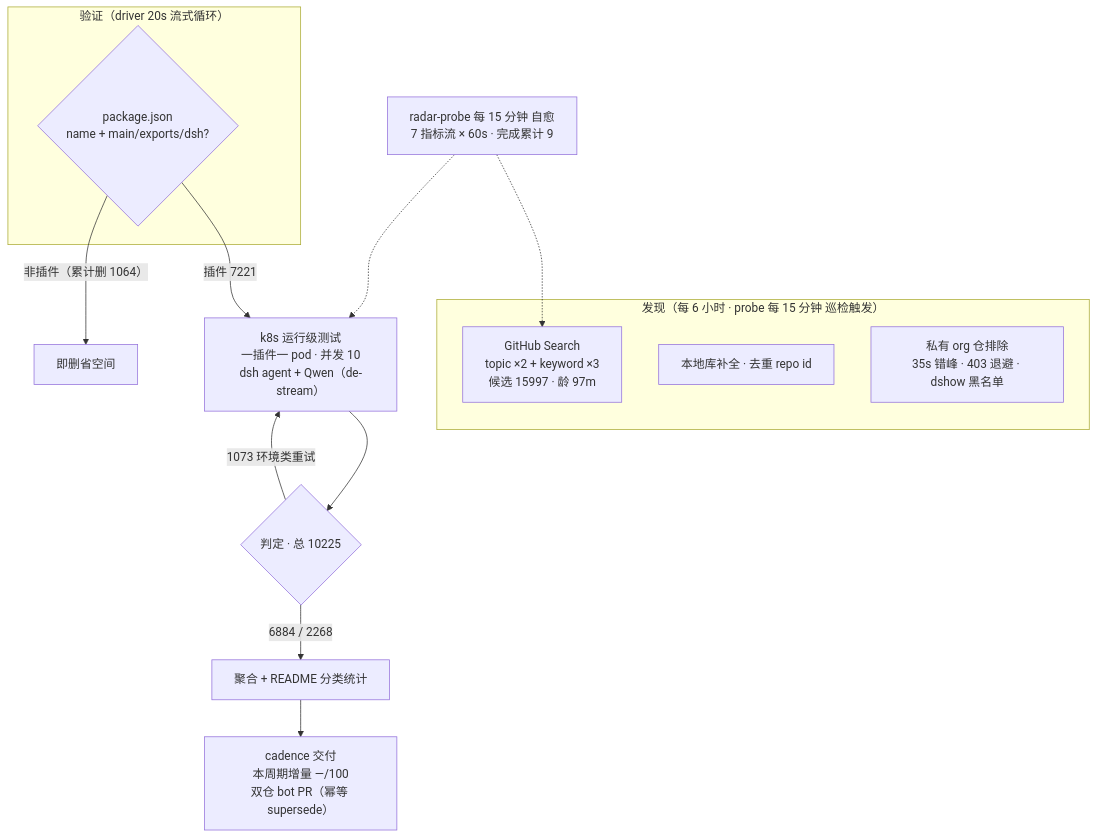
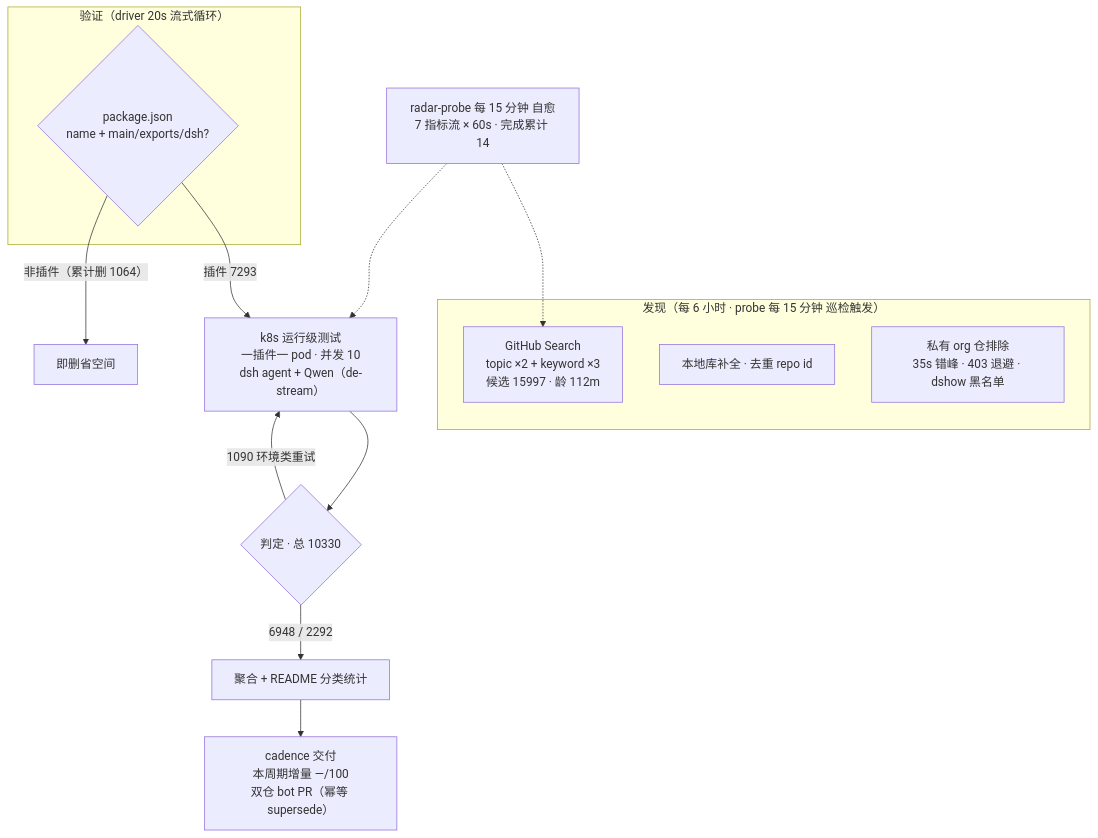
One commit to Zhidao-Lab-OSS/awesome-dsh-plugins changed the diagram in README.md. Above: the diagram before and after it, drawn with Mermaid. The commit also changed other lines of this file and 1 other file, not shown here.

````diff
--- a/README.md
+++ b/README.md
@@ -37,20 +37,20 @@
 ```mermaid
 flowchart TB
     subgraph Discovery["发现（每 6 小时 · probe 每 15 分钟 巡检触发）"]
-        A1["GitHub Search<br/>topic ×2 + keyword ×3<br/>候选 15997 · 龄 97m"]
+        A1["GitHub Search<br/>topic ×2 + keyword ×3<br/>候选 15997 · 龄 112m"]
         A2["本地库补全 · 去重 repo id"]
         A3["私有 org 仓排除<br/>35s 错峰 · 403 退避 · dshow 黑名单"]
     end
     subgraph Validation["验证（driver 20s 流式循环）"]
         B1{"package.json<br/>name + main/exports/dsh?"}
     end
-    B1 -->|"插件 7221"| C1["k8s 运行级测试<br/>一插件一 pod · 并发 10<br/>dsh agent + Qwen（de-stream）"]
+    B1 -->|"插件 7293"| C1["k8s 运行级测试<br/>一插件一 pod · 并发 10<br/>dsh agent + Qwen（de-stream）"]
     B1 -->|"非插件（累计删 1064）"| B3["即删省空间"]
-    C1 --> D1{"判定 · 总 10225"}
-    D1 -->|"6884 / 2268"| E1["聚合 + README 分类统计"]
-    D1 -->|"1073 环境类重试"| C1
+    C1 --> D1{"判定 · 总 10330"}
+    D1 -->|"6948 / 2292"| E1["聚合 + README 分类统计"]
+    D1 -->|"1090 环境类重试"| C1
     E1 --> E2["cadence 交付<br/>本周期增量 —/100<br/>双仓 bot PR（幂等 supersede）"]
-    M["radar-probe 每 15 分钟 自愈<br/>7 指标流 × 60s · 完成累计 9"]
+    M["radar-probe 每 15 分钟 自愈<br/>7 指标流 × 60s · 完成累计 14"]
     M -.-> A1
     M -.-> C1
 ```
````
